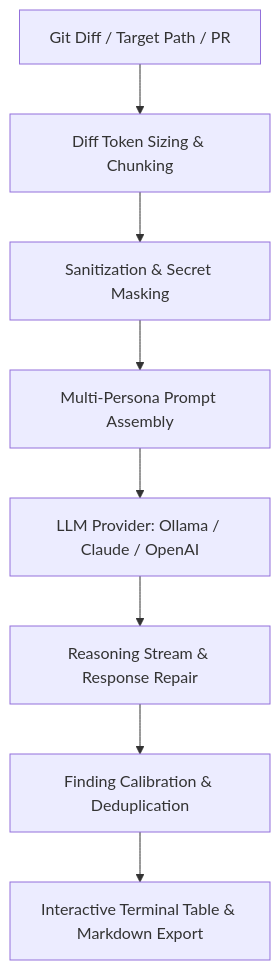
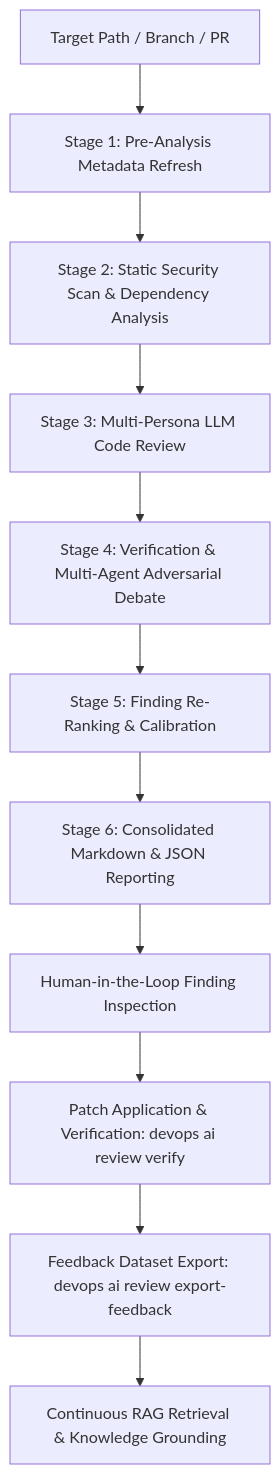
Before and after one commit to dan-petty/devops-cli: the diagram in src/devops_cli/ai/knowledge_base/devops_cli/tasks/ai_code_review.md, drawn with Mermaid. The commit also changed other lines of this file and 11 other files, not shown here.

Commit message:
docs(knowledge-base): enrich 6-stage review pipeline, configuration guides, and prompt rubrics

````diff
--- a/src/devops_cli/ai/knowledge_base/devops_cli/tasks/ai_code_review.md
+++ b/src/devops_cli/ai/knowledge_base/devops_cli/tasks/ai_code_review.md
@@ -11,10 +11,13 @@
 ```mermaid
 graph TD
-    A[Git Diff / Target Path / PR] --> B[Diff Token Sizing & Chunking]
-    B --> C[Sanitization & Secret Masking]
-    C --> D[Multi-Persona Prompt Assembly]
-    D --> E[LLM Provider: Ollama / Claude / OpenAI]
-    E --> F[Reasoning Stream & Response Repair]
-    F --> G[Finding Calibration & Deduplication]
-    G --> H[Interactive Terminal Table & Markdown Export]
+    A[Target Path / Branch / PR] --> S1[Stage 1: Pre-Analysis Metadata Refresh]
+    S1 --> S2[Stage 2: Static Security Scan & Dependency Analysis]
+    S2 --> S3[Stage 3: Multi-Persona LLM Code Review]
+    S3 --> S4[Stage 4: Verification & Multi-Agent Adversarial Debate]
+    S4 --> S5[Stage 5: Finding Re-Ranking & Calibration]
+    S5 --> S6[Stage 6: Consolidated Markdown & JSON Reporting]
+    S6 --> F1[Human-in-the-Loop Finding Inspection]
+    F1 --> F2[Patch Application & Verification: devops ai review verify]
+    F2 --> F3[Feedback Dataset Export: devops ai review export-feedback]
+    F3 --> F4[Continuous RAG Retrieval & Knowledge Grounding]
 ```
````
